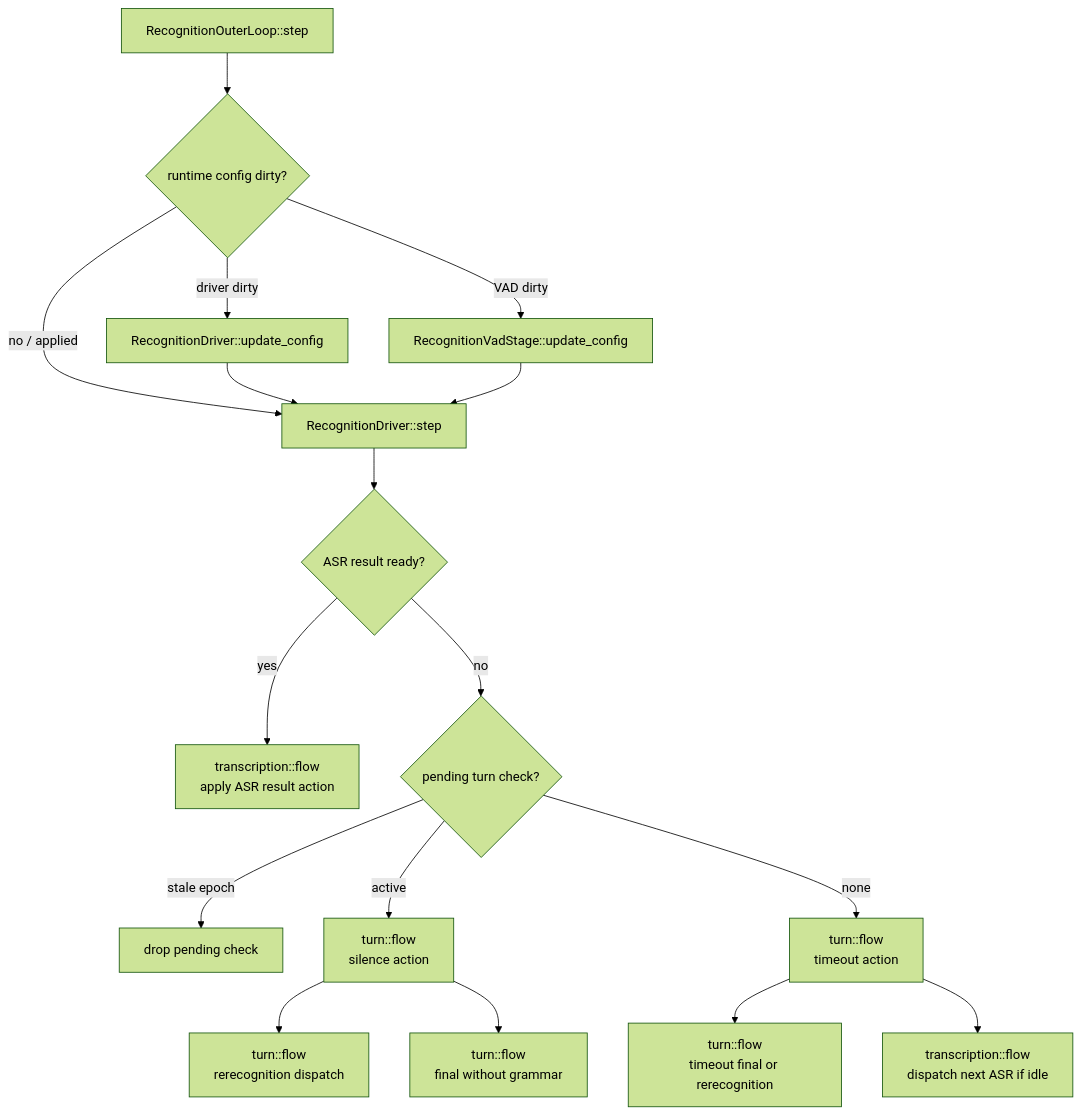
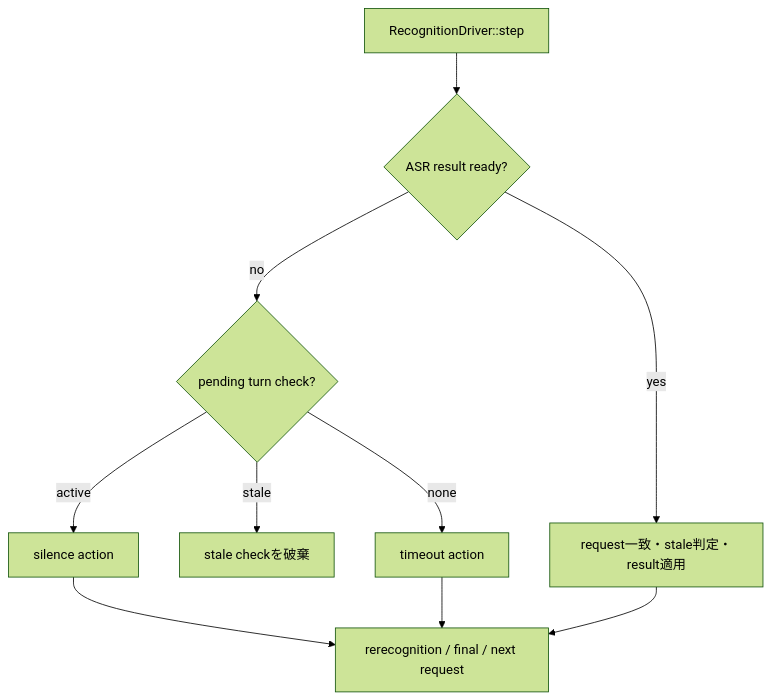
The second of 4 diagrams in documents/developer/architecture/03-recognition-internals.md (Parakeet-Inc/Parapper-ASR), drawn with Mermaid (forest theme) before and after one commit. The commit also changed other lines of this file and 476 other files, not shown here.

````diff
--- a/documents/developer/architecture/03-recognition-internals.md
+++ b/documents/developer/architecture/03-recognition-internals.md
@@ -51,22 +52,12 @@
 ```mermaid
 flowchart TD
-    outer[RecognitionOuterLoop::step] --> config{runtime config dirty?}
-    config -- driver dirty --> update_driver[RecognitionDriver::update_config]
-    config -- VAD dirty --> update_vad[RecognitionVadStage::update_config]
-    config -- no / applied --> step[RecognitionDriver::step]
-    update_driver --> step
-    update_vad --> step
-
-    step --> result{ASR result ready?}
-    result -- yes --> transcription_result[transcription::flow\napply ASR result action]
-    result -- no --> turn_check{pending turn check?}
-
-    turn_check -- stale epoch --> drop_check[drop pending check]
-    turn_check -- active --> turn_silence[turn::flow\nsilence action]
-    turn_check -- none --> timeout[turn::flow\ntimeout action]
-
-    turn_silence --> rerecognize[turn::flow\nrerecognition dispatch]
-    turn_silence --> complete[turn::flow\nfinal without grammar]
-    timeout --> timeout_final[turn::flow\ntimeout final or rerecognition]
-    timeout --> dispatch[transcription::flow\ndispatch next ASR if idle]
+    step["RecognitionDriver::step"] --> result{"ASR result ready?"}
+    result -- yes --> apply["request一致・stale判定・result適用"]
+    result -- no --> check{"pending turn check?"}
+    check -- stale --> drop["stale checkを破棄"]
+    check -- active --> silence["silence action"]
+    check -- none --> timeout["timeout action"]
+    silence --> next["rerecognition / final / next request"]
+    timeout --> next
+    apply --> next
 ```
````
